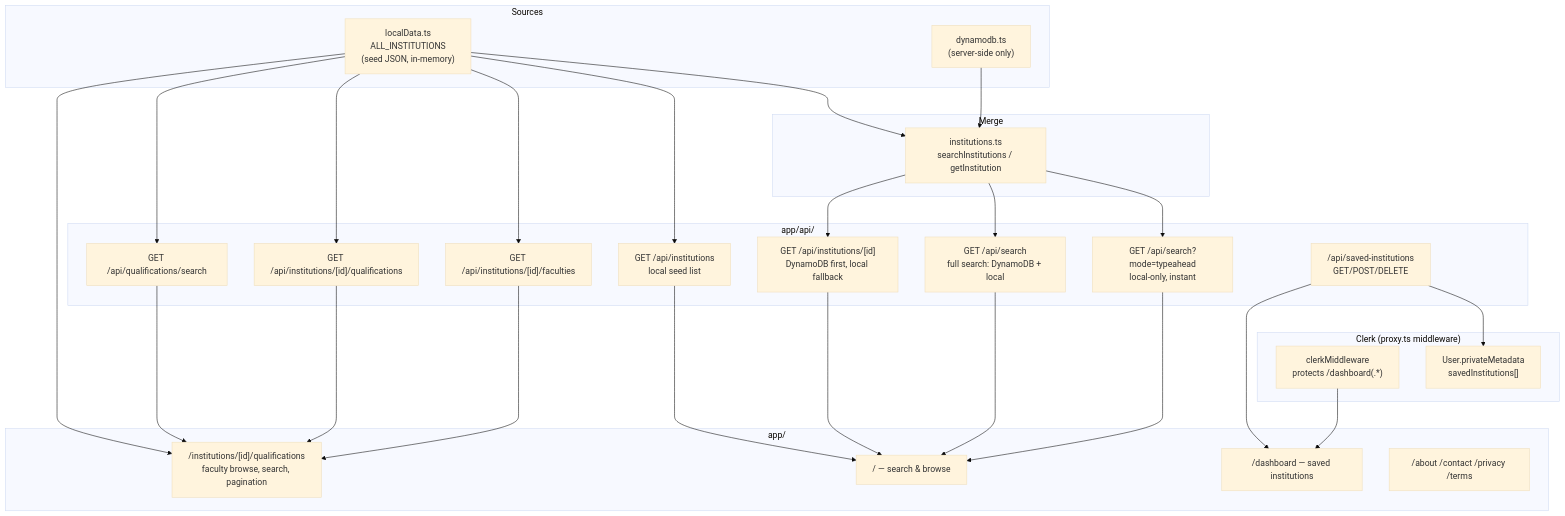
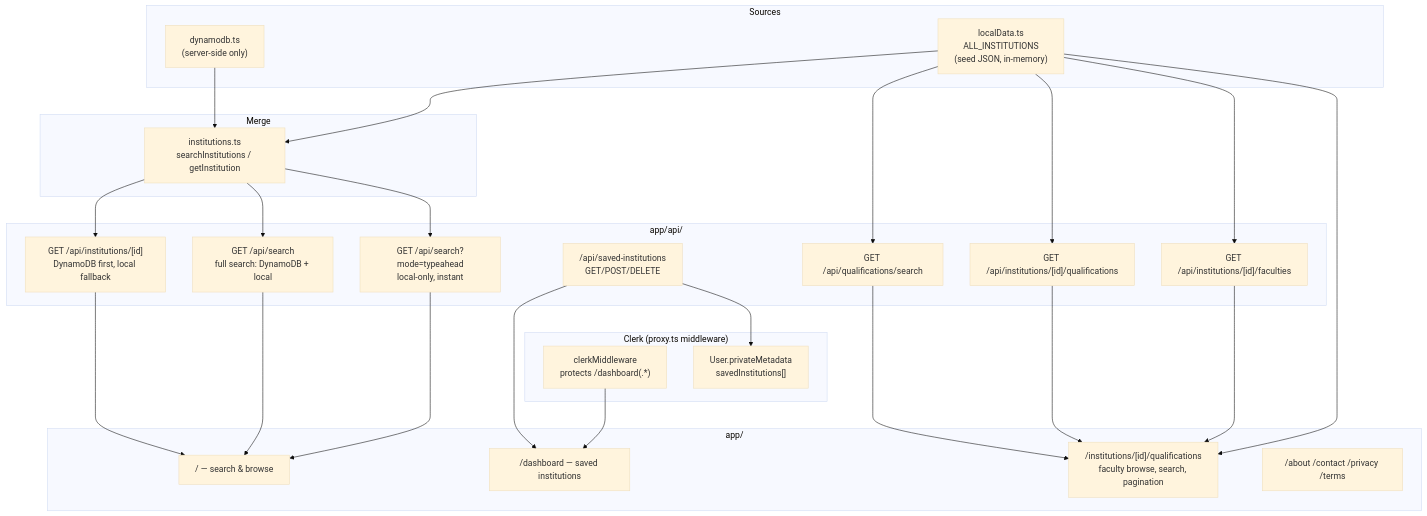
Before and after one commit to yangakandeni/eduverify: the fifth of 5 diagrams in README.md, drawn with Mermaid (base theme).

Commit message:
docs: drop stale R3 node from web app diagram
web/app/api/institutions/route.ts (the node this represented) was
deleted as dead code in the previous commit.

````diff
--- a/README.md
+++ b/README.md
@@ -213,50 +213,48 @@
 ```mermaid
 flowchart TB
     subgraph Sources
         LOCAL["localData.ts\nALL_INSTITUTIONS\n(seed JSON, in-memory)"]
         DYNAMO["dynamodb.ts\n(server-side only)"]
     end
 
     subgraph Merge
         INST["institutions.ts\nsearchInstitutions / getInstitution"]
     end
 
     subgraph Routes["app/api/"]
         R1["GET /api/search?mode=typeahead\nlocal-only, instant"]
         R2["GET /api/search\nfull search: DynamoDB + local"]
-        R3["GET /api/institutions\nlocal seed list"]
         R4["GET /api/institutions/[id]\nDynamoDB first, local fallback"]
         R5["GET /api/institutions/[id]/faculties"]
         R6["GET /api/institutions/[id]/qualifications"]
         R7["GET /api/qualifications/search"]
         R8["/api/saved-institutions\nGET/POST/DELETE"]
     end
 
     subgraph Auth["Clerk (proxy.ts middleware)"]
         CLERK["clerkMiddleware\nprotects /dashboard(.*)"]
         META["User.privateMetadata\nsavedInstitutions[]"]
     end
 
     subgraph Pages["app/"]
         HOME["/ — search & browse"]
         DASH["/dashboard — saved institutions"]
         QUALS["/institutions/[id]/qualifications\nfaculty browse, search, pagination"]
         STATIC["/about /contact /privacy /terms"]
     end
 
     LOCAL --> INST
     DYNAMO --> INST
     INST --> R1
     INST --> R2
-    LOCAL --> R3
     INST --> R4
     LOCAL --> R5
     LOCAL --> R6
     LOCAL --> R7
     R8 --> META
     CLERK --> DASH
-    R1 & R2 & R3 & R4 --> HOME
+    R1 & R2 & R4 --> HOME
     LOCAL --> QUALS
     R5 & R6 & R7 --> QUALS
     R8 --> DASH
 ```
````
